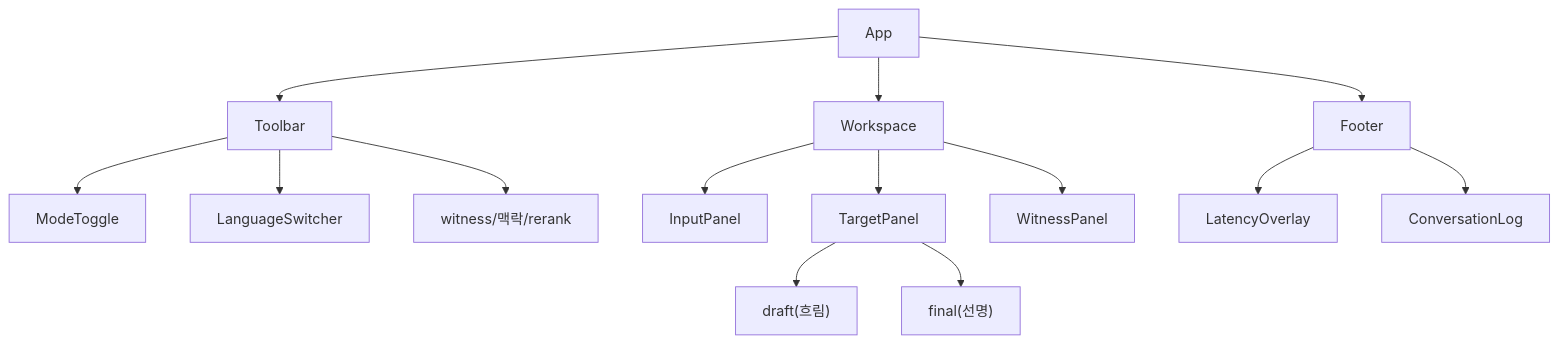
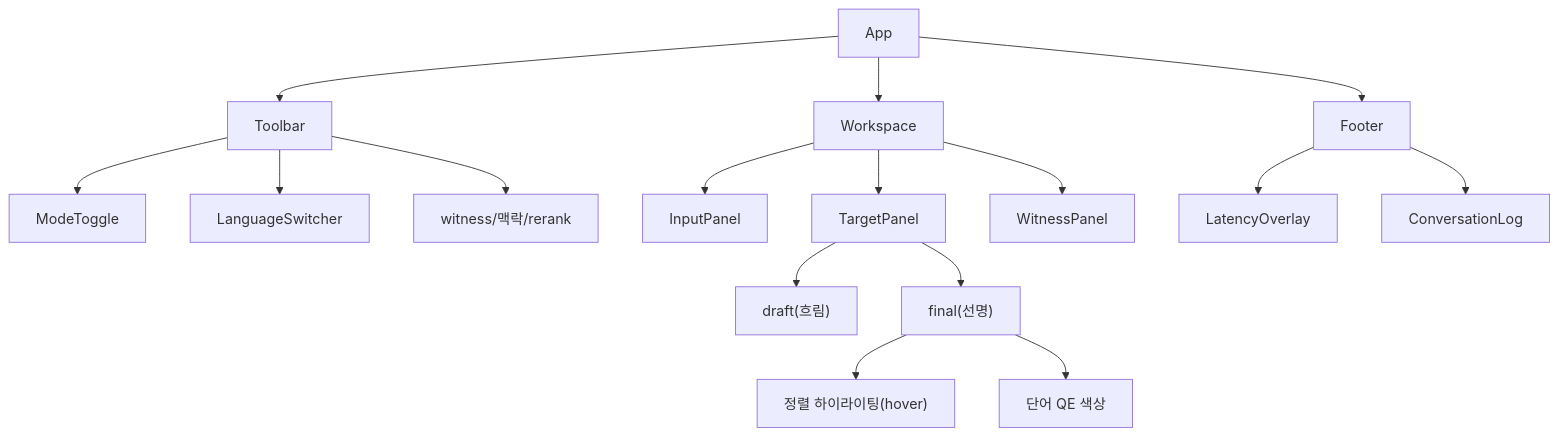
One commit to MR-INHA-LLM/live-translate changed the diagram in docs/frontend-architecture.md. Above: the diagram before and after it, drawn with Mermaid. The commit also changed other lines of this file and 3 other files, not shown here.

````diff
--- a/docs/frontend-architecture.md
+++ b/docs/frontend-architecture.md
@@ -38,10 +38,11 @@
 ```mermaid
 flowchart TB
   App --> Toolbar
   App --> Workspace
   App --> Footer
   Toolbar --> ModeToggle & LanguageSwitcher & Toggles["witness/맥락/rerank"]
   Workspace --> InputPanel & TargetPanel & WitnessPanel
   Footer --> LatencyOverlay & ConversationLog
   TargetPanel --> RenderBlock1["draft(흐림)"] & RenderBlock2["final(선명)"]
+  RenderBlock2 --> AlignmentView["정렬 하이라이팅(hover)"] & QEColor["단어 QE 색상"]
 ```
````
